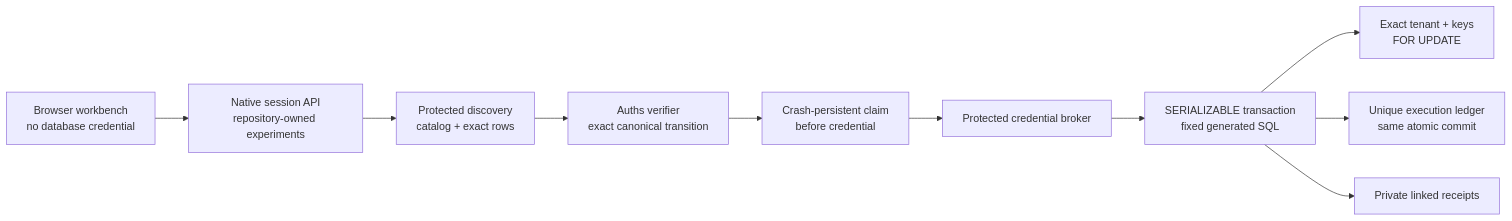
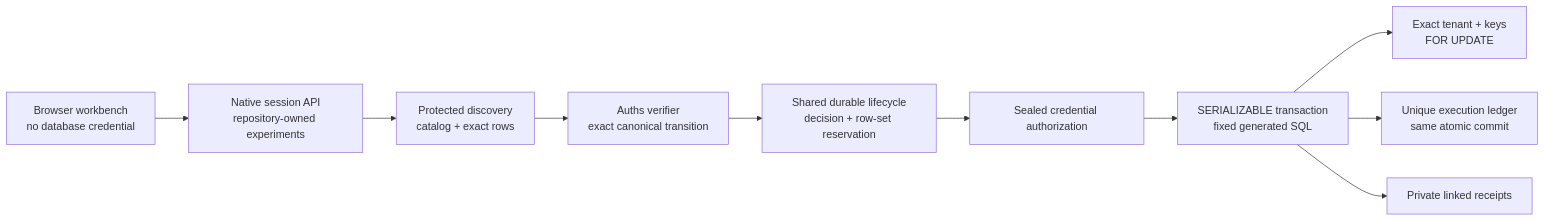
One commit to auths-dev/auths-proof changed the diagram in demos/postgresql-data-change/docs/architecture.md. Above: the diagram before and after it, drawn with Mermaid. The commit also changed other lines of this file and 16 other files, not shown here.

First line of the commit message:
feat(postgresql): adopt shared durable lifecycle

````diff
--- a/demos/postgresql-data-change/docs/architecture.md
+++ b/demos/postgresql-data-change/docs/architecture.md
@@ -1,12 +1,12 @@
 ```mermaid
 flowchart LR
     Browser["Browser workbench<br/>no database credential"] --> API["Native session API<br/>repository-owned experiments"]
     API --> Discovery["Protected discovery<br/>catalog + exact rows"]
     Discovery --> Proof["Auths verifier<br/>exact canonical transition"]
-    Proof --> Claim["Crash-persistent claim<br/>before credential"]
-    Claim --> Broker["Protected credential broker"]
+    Proof --> Lifecycle["Shared durable lifecycle<br/>decision + row-set reservation"]
+    Lifecycle --> Broker["Sealed credential authorization"]
     Broker --> Tx["SERIALIZABLE transaction<br/>fixed generated SQL"]
     Tx --> Rows["Exact tenant + keys<br/>FOR UPDATE"]
     Tx --> Ledger["Unique execution ledger<br/>same atomic commit"]
     Tx --> Receipt["Private linked receipts"]
 ```
````
